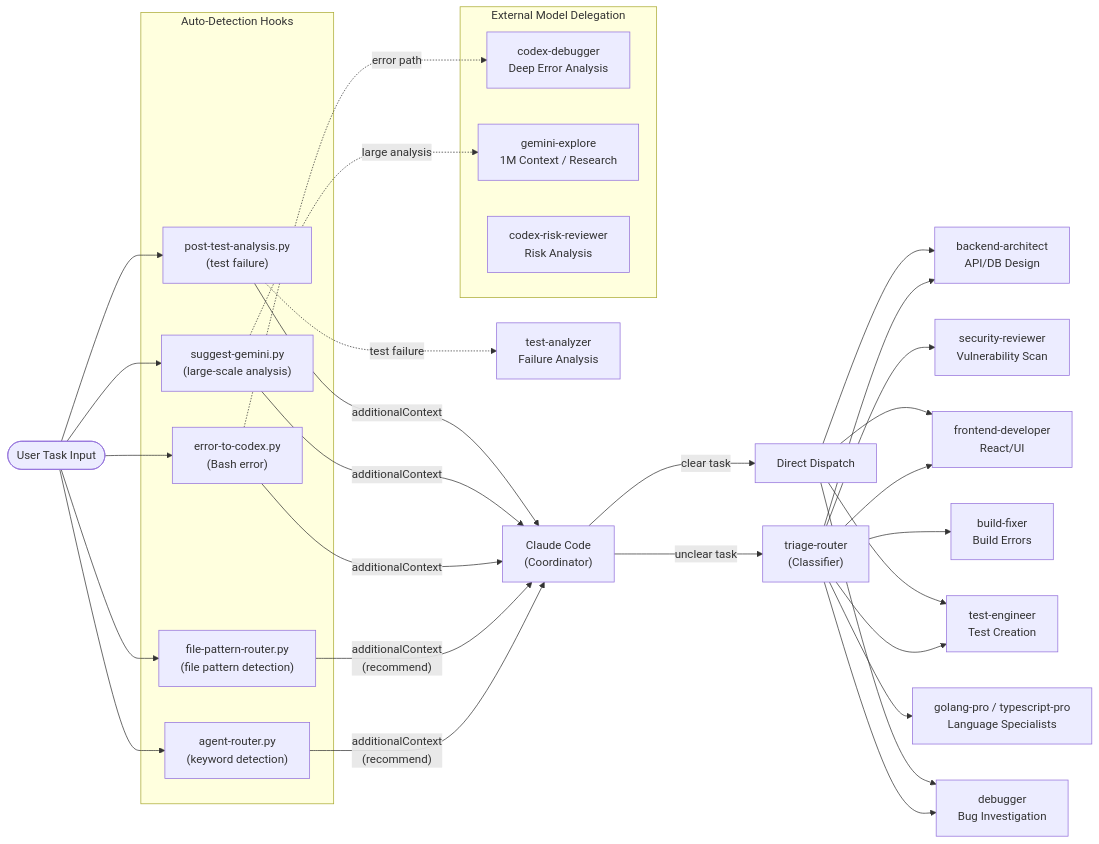
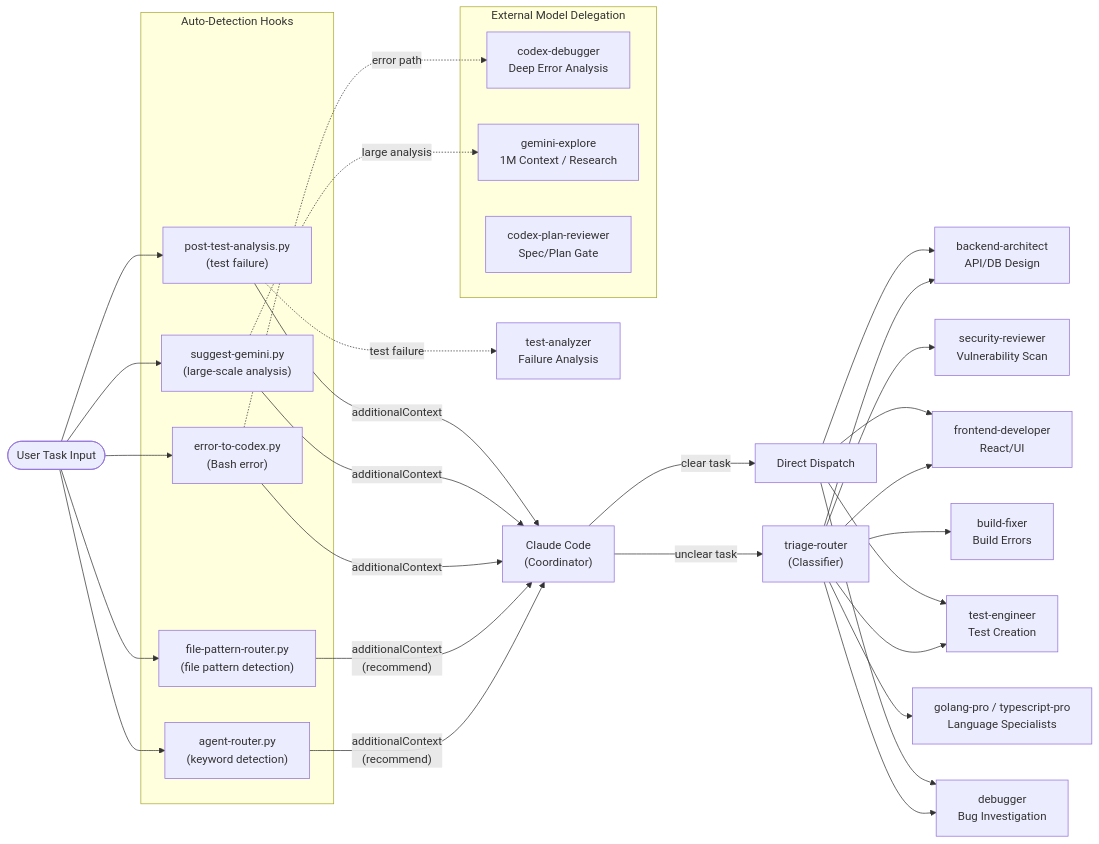
The diagram in .config/claude/references/diagrams/agent-routing.md (takeuchi-shogo/dotfiles), drawn with Mermaid before and after one commit. The commit also changed 3 other files, not shown here.

Commit message:
🔧 chore: fix remaining codex-risk-reviewer references

````diff
--- a/.config/claude/references/diagrams/agent-routing.md
+++ b/.config/claude/references/diagrams/agent-routing.md
@@ -7,51 +7,51 @@
 ```mermaid
 flowchart LR
     INPUT(["User Task Input"])
 
     subgraph hooks ["Auto-Detection Hooks"]
         AR["agent-router.py<br/>(keyword detection)"]
         FPR["file-pattern-router.py<br/>(file pattern detection)"]
         ETC["error-to-codex.py<br/>(Bash error)"]
         SG["suggest-gemini.py<br/>(large-scale analysis)"]
         PTA["post-test-analysis.py<br/>(test failure)"]
     end
 
     INPUT --> AR
     INPUT --> FPR
     INPUT --> ETC
     INPUT --> SG
     INPUT --> PTA
 
     CC["Claude Code<br/>(Coordinator)"]
     AR -->|"additionalContext<br/>(recommend)"| CC
     FPR -->|"additionalContext<br/>(recommend)"| CC
     ETC -->|"additionalContext"| CC
     SG -->|"additionalContext"| CC
     PTA -->|"additionalContext"| CC
 
     CC -->|"unclear task"| TR["triage-router<br/>(Classifier)"]
     CC -->|"clear task"| DIRECT["Direct Dispatch"]
 
     TR --> ARCH["backend-architect<br/>API/DB Design"]
     TR --> FE["frontend-developer<br/>React/UI"]
     TR --> TE["test-engineer<br/>Test Creation"]
     TR --> DBG["debugger<br/>Bug Investigation"]
     TR --> SEC["security-reviewer<br/>Vulnerability Scan"]
     TR --> BF["build-fixer<br/>Build Errors"]
     TR --> LANG["golang-pro / typescript-pro<br/>Language Specialists"]
 
     DIRECT --> ARCH
     DIRECT --> FE
     DIRECT --> TE
     DIRECT --> DBG
 
     ETC -.->|"error path"| CDXD["codex-debugger<br/>Deep Error Analysis"]
     SG -.->|"large analysis"| GEM["gemini-explore<br/>1M Context / Research"]
     PTA -.->|"test failure"| TA["test-analyzer<br/>Failure Analysis"]
 
     subgraph external ["External Model Delegation"]
         CDXD
-        CDXR["codex-risk-reviewer<br/>Risk Analysis"]
+        CDXR["codex-plan-reviewer<br/>Spec/Plan Gate"]
         GEM
     end
 ```
````
